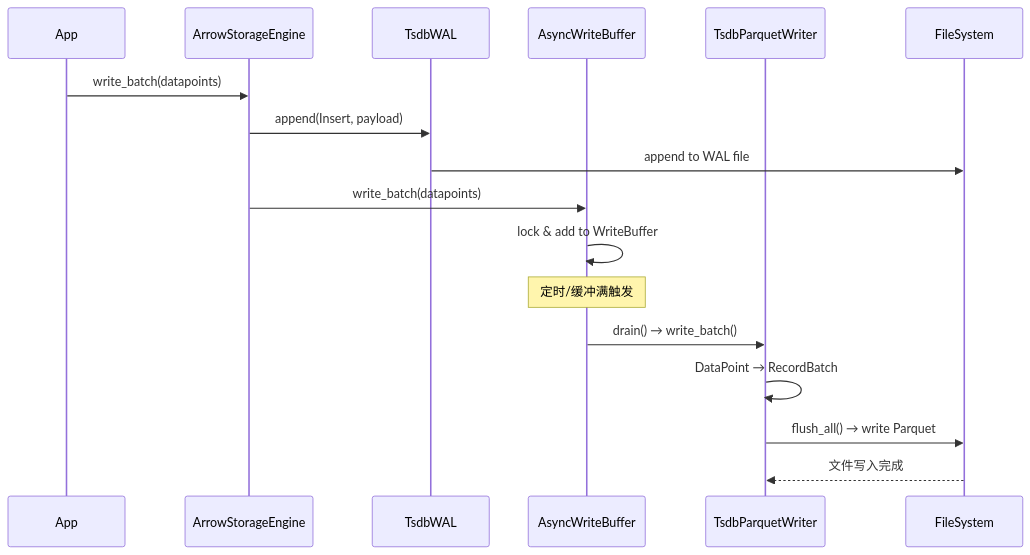
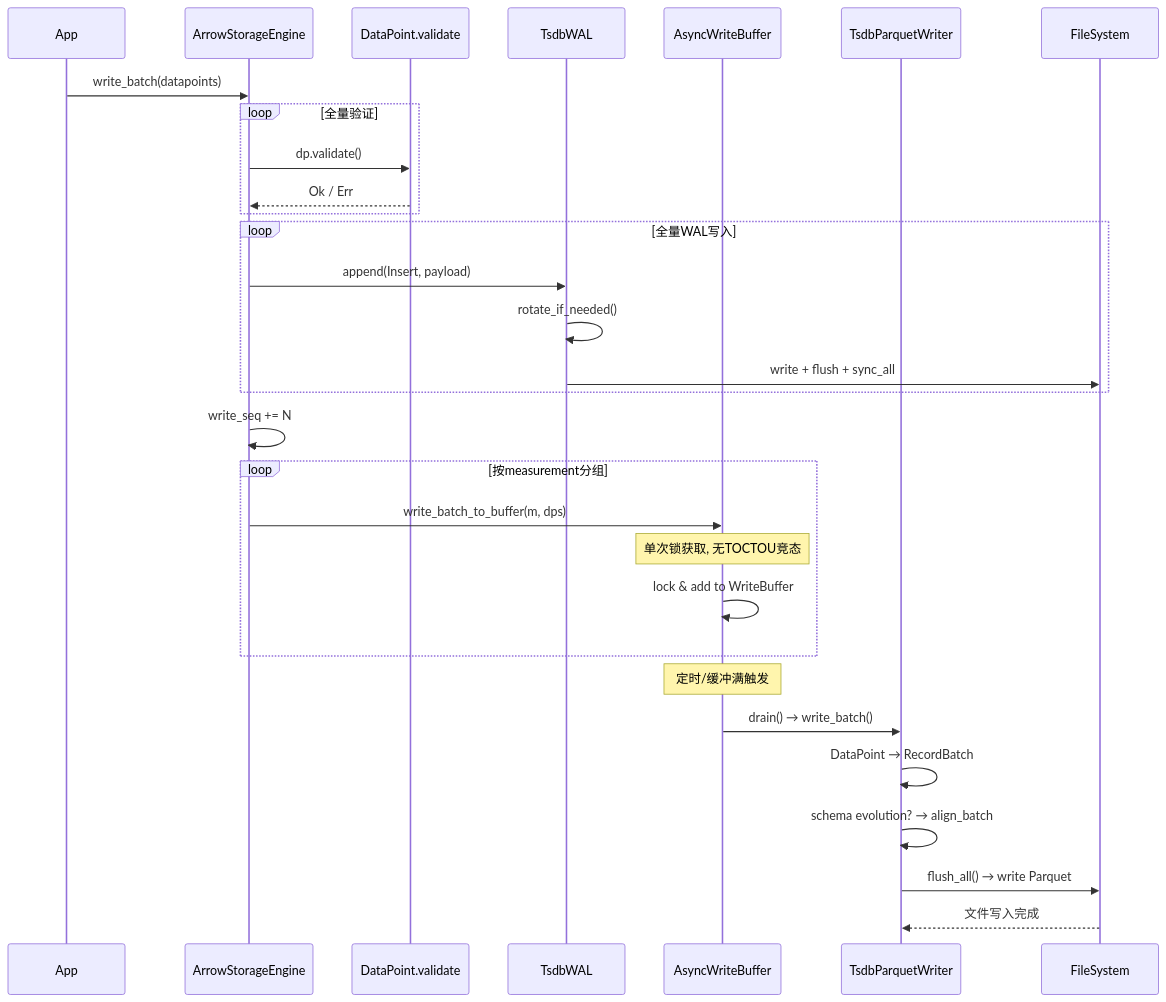
The first of 5 diagrams in docs/architecture.md (supermy/tsdb2), drawn with Mermaid before and after one commit. The commit also changed other lines of this file and 69 other files, not shown here.

````diff
--- a/docs/architecture.md
+++ b/docs/architecture.md
@@ -289,21 +373,33 @@
 ```mermaid
 sequenceDiagram
     participant App
     participant Engine as ArrowStorageEngine
+    participant Validate as DataPoint.validate
     participant WAL as TsdbWAL
     participant Buffer as AsyncWriteBuffer
     participant Writer as TsdbParquetWriter
     participant FS as FileSystem
 
     App->>Engine: write_batch(datapoints)
-    Engine->>WAL: append(Insert, payload)
-    WAL->>FS: append to WAL file
-    Engine->>Buffer: write_batch(datapoints)
-    Buffer->>Buffer: lock & add to WriteBuffer
-
+    loop 全量验证
+        Engine->>Validate: dp.validate()
+        Validate-->>Engine: Ok / Err
+    end
+    loop 全量WAL写入
+        Engine->>WAL: append(Insert, payload)
+        WAL->>WAL: rotate_if_needed()
+        WAL->>FS: write + flush + sync_all
+    end
+    Engine->>Engine: write_seq += N
+    loop 按measurement分组
+        Engine->>Buffer: write_batch_to_buffer(m, dps)
+        Note over Buffer: 单次锁获取, 无TOCTOU竞态
+        Buffer->>Buffer: lock & add to WriteBuffer
+    end
     Note over Buffer: 定时/缓冲满触发
     Buffer->>Writer: drain() → write_batch()
     Writer->>Writer: DataPoint → RecordBatch
+    Writer->>Writer: schema evolution? → align_batch
     Writer->>FS: flush_all() → write Parquet
     FS-->>Writer: 文件写入完成
 ```
````
